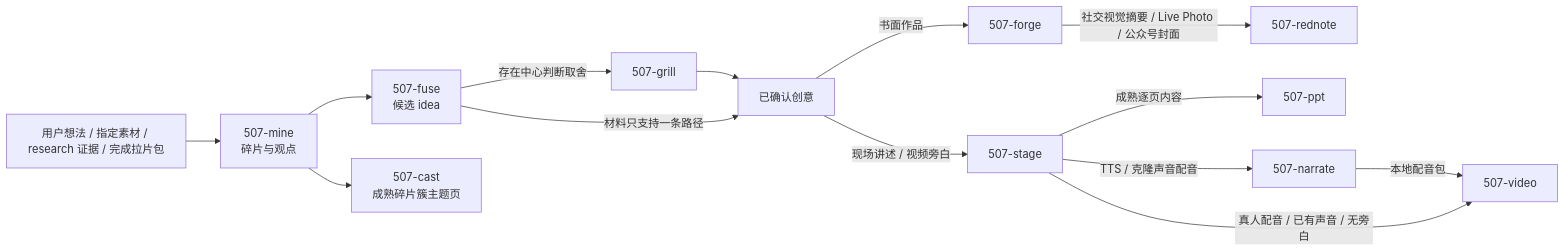
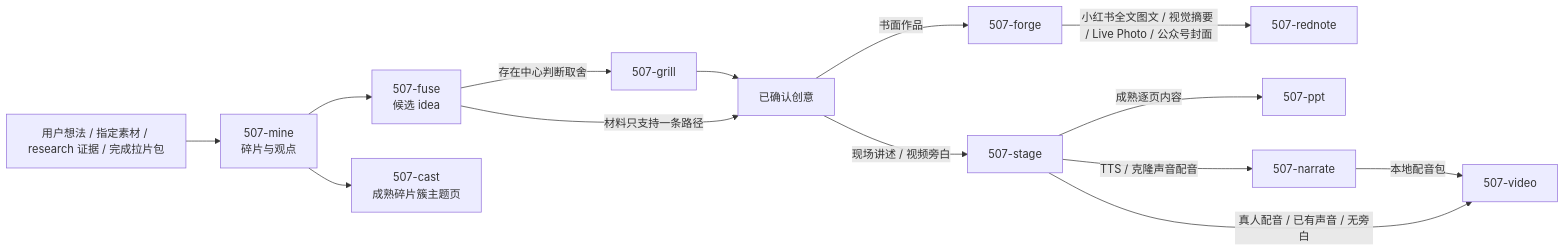
The first of 3 diagrams in write/README.md (ssdiwu/507-skills), drawn with Mermaid before and after one commit. The commit also changed other lines of this file and 9 other files, not shown here.

Commit message:
docs: 校准成稿与小红书图文规则

````diff
--- a/write/README.md
+++ b/write/README.md
@@ -11,16 +11,16 @@
 ```mermaid
 flowchart LR
     source["用户想法 / 指定素材 / research 证据 / 完成拉片包"] --> mine["507-mine<br/>碎片与观点"]
     mine --> fuse["507-fuse<br/>候选 idea"]
     mine --> cast["507-cast<br/>成熟碎片簇主题页"]
     fuse -->|"存在中心判断取舍"| grill["507-grill"]
     grill --> selected["已确认创意"]
     fuse -->|"材料只支持一条路径"| selected
     selected -->|"书面作品"| forge["507-forge"]
     selected -->|"现场讲述 / 视频旁白"| stage["507-stage"]
     stage -->|"成熟逐页内容"| ppt["507-ppt"]
     stage -->|"TTS / 克隆声音配音"| narrate["507-narrate"]
     narrate -->|"本地配音包"| video["507-video"]
     stage -->|"真人配音 / 已有声音 / 无旁白"| video
-    forge -->|"社交视觉摘要 / Live Photo / 公众号封面"| rednote["507-rednote"]
+    forge -->|"小红书全文图文 / 视觉摘要 / Live Photo / 公众号封面"| rednote["507-rednote"]
 ```
````
